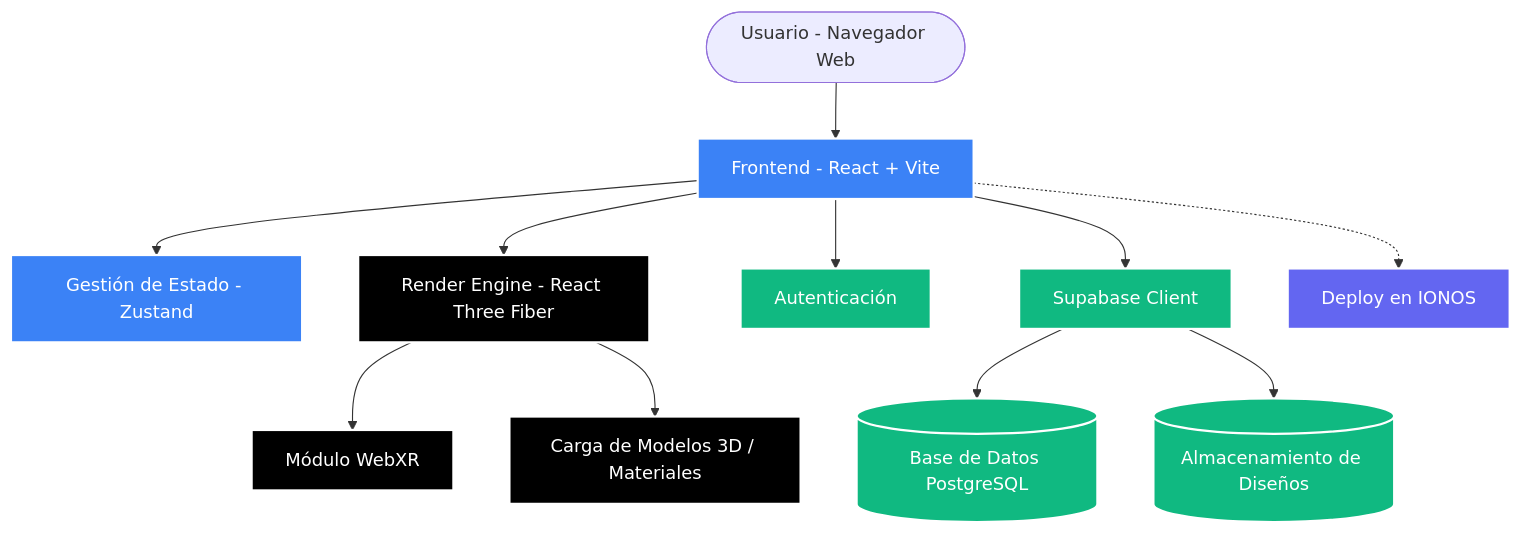
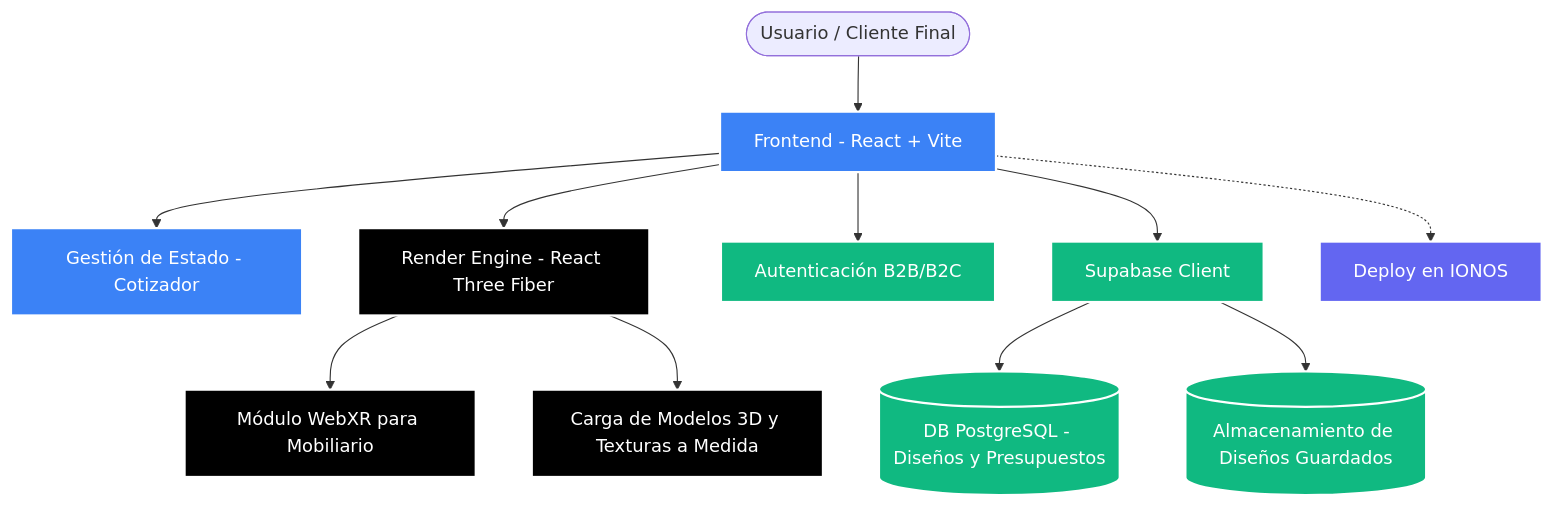
The diagram in README.md (Tardigrado-76/diseno-3d-generico), drawn with Mermaid before and after one commit. The commit also changed other lines of this file, not shown here.

Commit message:
docs: Actualización de descripción enfocada en Diseño de Mobiliario 3D

````diff
--- a/README.md
+++ b/README.md
@@ -16,25 +16,25 @@
 ```mermaid
 flowchart TD
     %% Estilos
     classDef frontend fill:#3b82f6,stroke:#fff,stroke-width:2px,color:#fff;
     classDef threejs fill:#000,stroke:#fff,stroke-width:2px,color:#fff;
     classDef backend fill:#10b981,stroke:#fff,stroke-width:2px,color:#fff;
     classDef infra fill:#6366f1,stroke:#fff,stroke-width:2px,color:#fff;
 
-    Client([Usuario - Navegador Web]) --> UI[Frontend - React + Vite]:::frontend
+    Client([Usuario / Cliente Final]) --> UI[Frontend - React + Vite]:::frontend
     
-    UI --> State[Gestión de Estado - Zustand]:::frontend
+    UI --> State[Gestión de Estado - Cotizador]:::frontend
     UI --> Scene[Render Engine - React Three Fiber]:::threejs
     
-    Scene --> XR[Módulo WebXR]:::threejs
-    Scene --> Models[Carga de Modelos 3D / Materiales]:::threejs
+    Scene --> XR[Módulo WebXR para Mobiliario]:::threejs
+    Scene --> Models[Carga de Modelos 3D y Texturas a Medida]:::threejs
     
-    UI --> Auth[Autenticación]:::backend
+    UI --> Auth[Autenticación B2B/B2C]:::backend
     UI --> API[Supabase Client]:::backend
     
-    API --> DB[(Base de Datos PostgreSQL)]:::backend
-    API --> Storage[(Almacenamiento de Diseños)]:::backend
+    API --> DB[(DB PostgreSQL - Diseños y Presupuestos)]:::backend
+    API --> Storage[(Almacenamiento de Diseños Guardados)]:::backend
     
     %% Despliegue
     UI -.-> Deploy[Deploy en IONOS]:::infra
 ```
````
